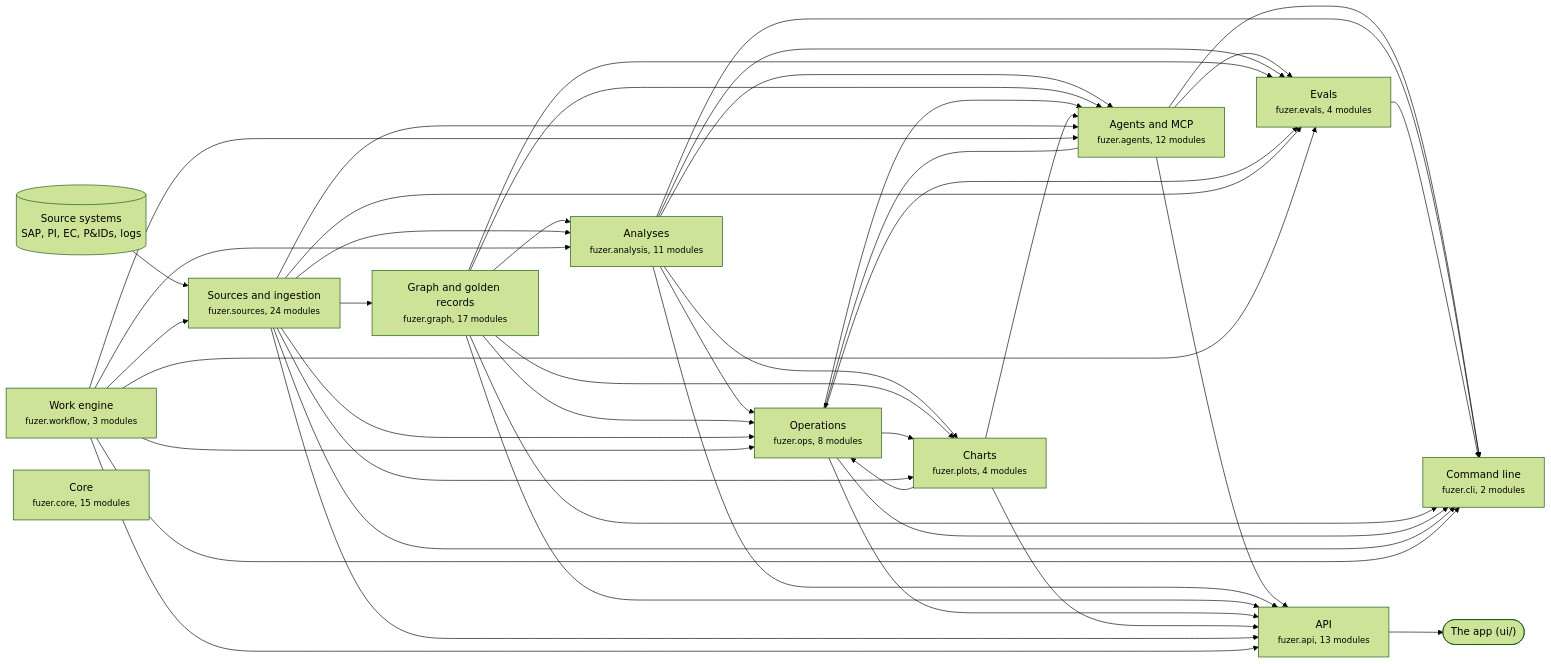
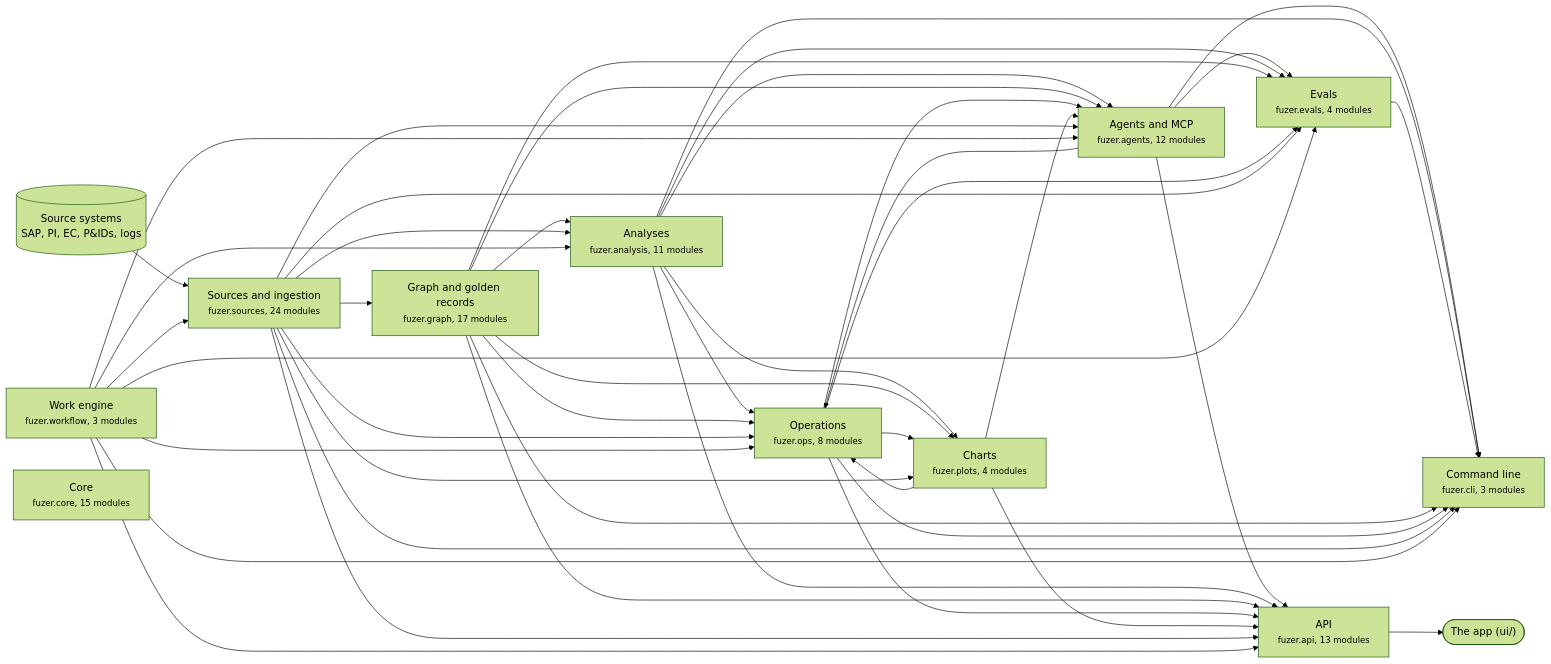
The first of 3 diagrams in docs/architecture.md (areed145/fuzer), drawn with Mermaid (forest theme) before and after one commit. The commit also changed other lines of this file and 7 other files, not shown here.

````diff
--- a/docs/architecture.md
+++ b/docs/architecture.md
@@ -8,69 +8,69 @@
 ```mermaid
 flowchart LR
   systems[("Source systems<br>SAP, PI, EC, P&IDs, logs")] --> c_sources
   app(["The app (ui/)"])
   c_api --> app
   c_sources["Sources and ingestion<br><small>fuzer.sources, 24 modules</small>"]
   c_graph["Graph and golden records<br><small>fuzer.graph, 17 modules</small>"]
   c_analysis["Analyses<br><small>fuzer.analysis, 11 modules</small>"]
   c_ops["Operations<br><small>fuzer.ops, 8 modules</small>"]
   c_plots["Charts<br><small>fuzer.plots, 4 modules</small>"]
   c_workflow["Work engine<br><small>fuzer.workflow, 3 modules</small>"]
   c_agents["Agents and MCP<br><small>fuzer.agents, 12 modules</small>"]
   c_evals["Evals<br><small>fuzer.evals, 4 modules</small>"]
   c_api["API<br><small>fuzer.api, 13 modules</small>"]
-  c_cli["Command line<br><small>fuzer.cli, 2 modules</small>"]
+  c_cli["Command line<br><small>fuzer.cli, 3 modules</small>"]
   c_core["Core<br><small>fuzer.core, 15 modules</small>"]
   c_workflow --> c_sources
   c_sources --> c_graph
   c_graph --> c_analysis
   c_sources --> c_analysis
   c_workflow --> c_analysis
   c_agents --> c_ops
   c_analysis --> c_ops
   c_graph --> c_ops
   c_plots --> c_ops
   c_sources --> c_ops
   c_workflow --> c_ops
   c_analysis --> c_plots
   c_graph --> c_plots
   c_ops --> c_plots
   c_sources --> c_plots
   c_analysis --> c_agents
   c_graph --> c_agents
   c_ops --> c_agents
   c_plots --> c_agents
   c_sources --> c_agents
   c_workflow --> c_agents
   c_agents --> c_evals
   c_analysis --> c_evals
   c_graph --> c_evals
   c_ops --> c_evals
   c_sources --> c_evals
   c_workflow --> c_evals
   c_agents --> c_api
   c_analysis --> c_api
   c_graph --> c_api
   c_ops --> c_api
   c_plots --> c_api
   c_sources --> c_api
   c_workflow --> c_api
   c_agents --> c_cli
   c_analysis --> c_cli
   c_evals --> c_cli
   c_graph --> c_cli
   c_ops --> c_cli
   c_sources --> c_cli
   c_workflow --> c_cli
   click c_sources "https://github.com/areed145/fuzer/tree/main/src/fuzer/sources"
   click c_graph "https://github.com/areed145/fuzer/tree/main/src/fuzer/graph"
   click c_analysis "https://github.com/areed145/fuzer/tree/main/src/fuzer/analysis"
   click c_ops "https://github.com/areed145/fuzer/tree/main/src/fuzer/ops"
   click c_plots "https://github.com/areed145/fuzer/tree/main/src/fuzer/plots"
   click c_workflow "https://github.com/areed145/fuzer/tree/main/src/fuzer/workflow"
   click c_agents "https://github.com/areed145/fuzer/tree/main/src/fuzer/agents"
   click c_evals "https://github.com/areed145/fuzer/tree/main/src/fuzer/evals"
   click c_api "https://github.com/areed145/fuzer/tree/main/src/fuzer/api"
   click c_cli "https://github.com/areed145/fuzer/tree/main/src/fuzer/cli"
   click c_core "https://github.com/areed145/fuzer/tree/main/src/fuzer/core"
 ```
````
